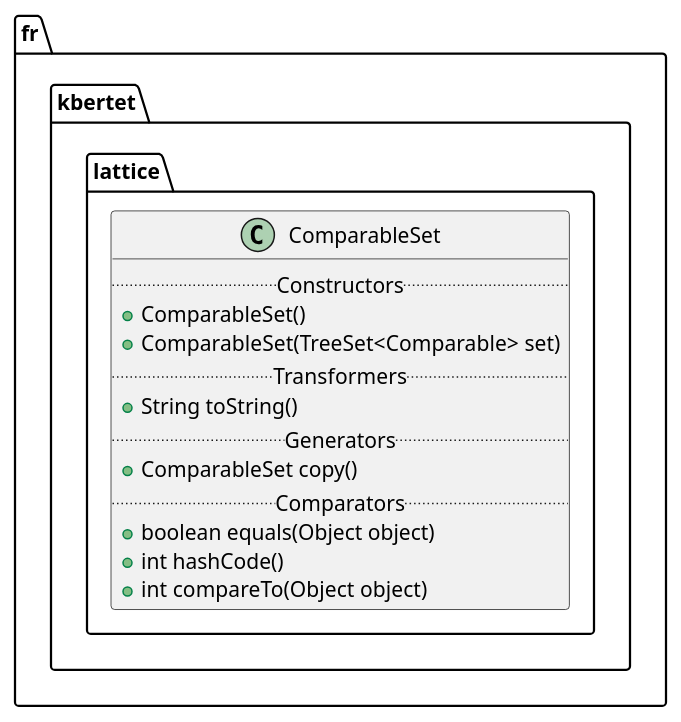
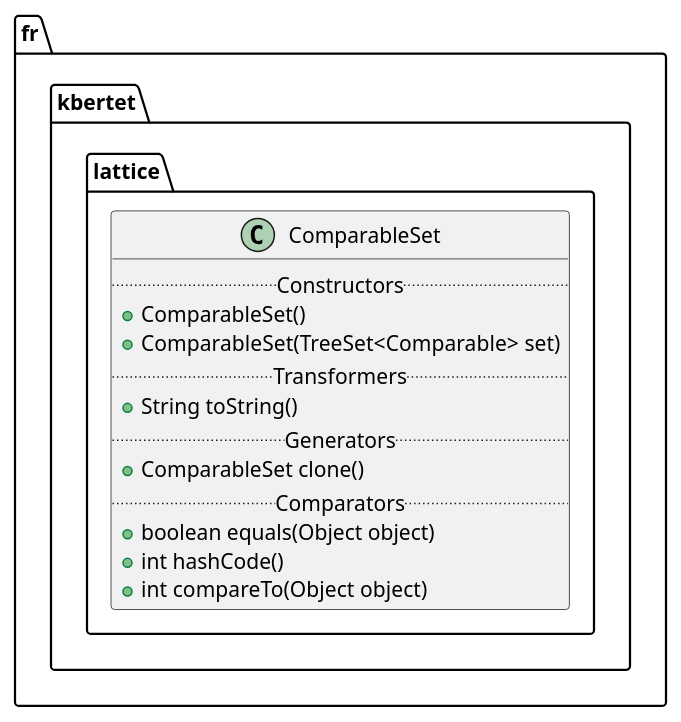
One commit to thegalactic/java-lattices changed the diagram in src/fr/kbertet/lattice/ComparableSet.iuml. Above: the diagram before and after it, drawn with PlantUML. The commit also changed 15 other files, not shown here.

Commit message:
Use clone method and Cloneable interface instead of copy method

```diff
--- a/src/fr/kbertet/lattice/ComparableSet.iuml
+++ b/src/fr/kbertet/lattice/ComparableSet.iuml
@@ -1,15 +1,15 @@
 package fr.kbertet.lattice {
     class ComparableSet {
         .. Constructors ..
         +ComparableSet()
         +ComparableSet(TreeSet<Comparable> set)
         .. Transformers ..
         +String toString()
         .. Generators ..
-        +ComparableSet copy()
+        +ComparableSet clone()
         .. Comparators ..
         +boolean equals(Object object)
         +int hashCode()
         +int compareTo(Object object)
     }
 }
```
